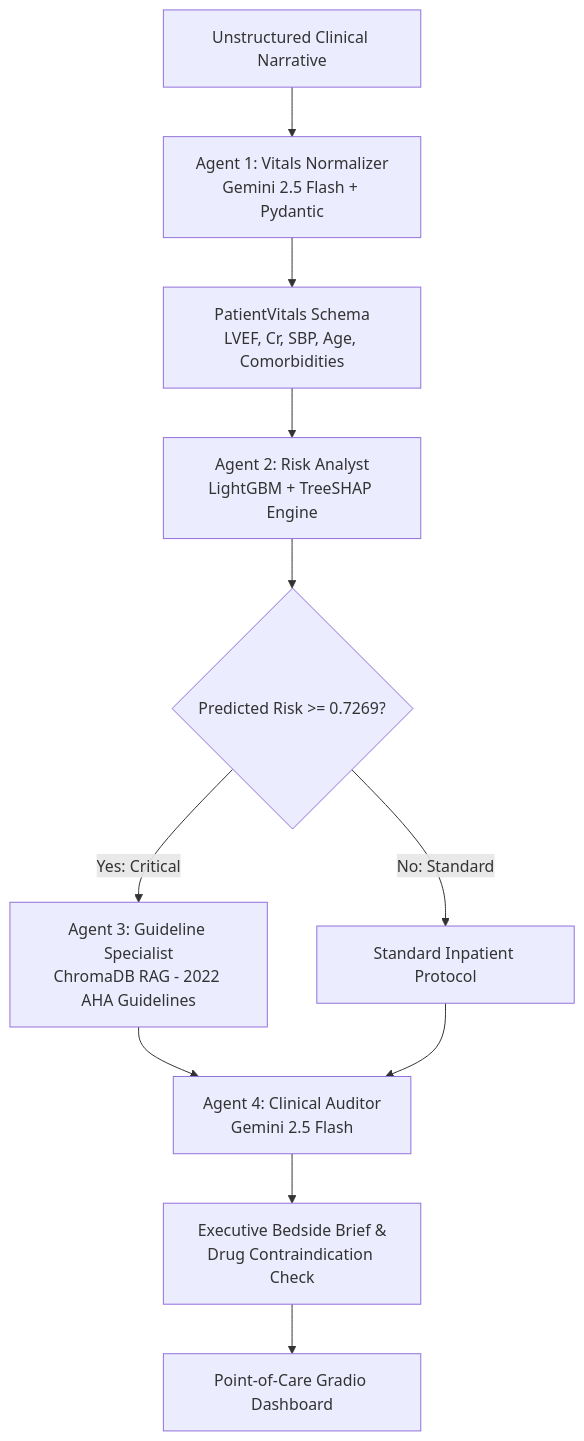
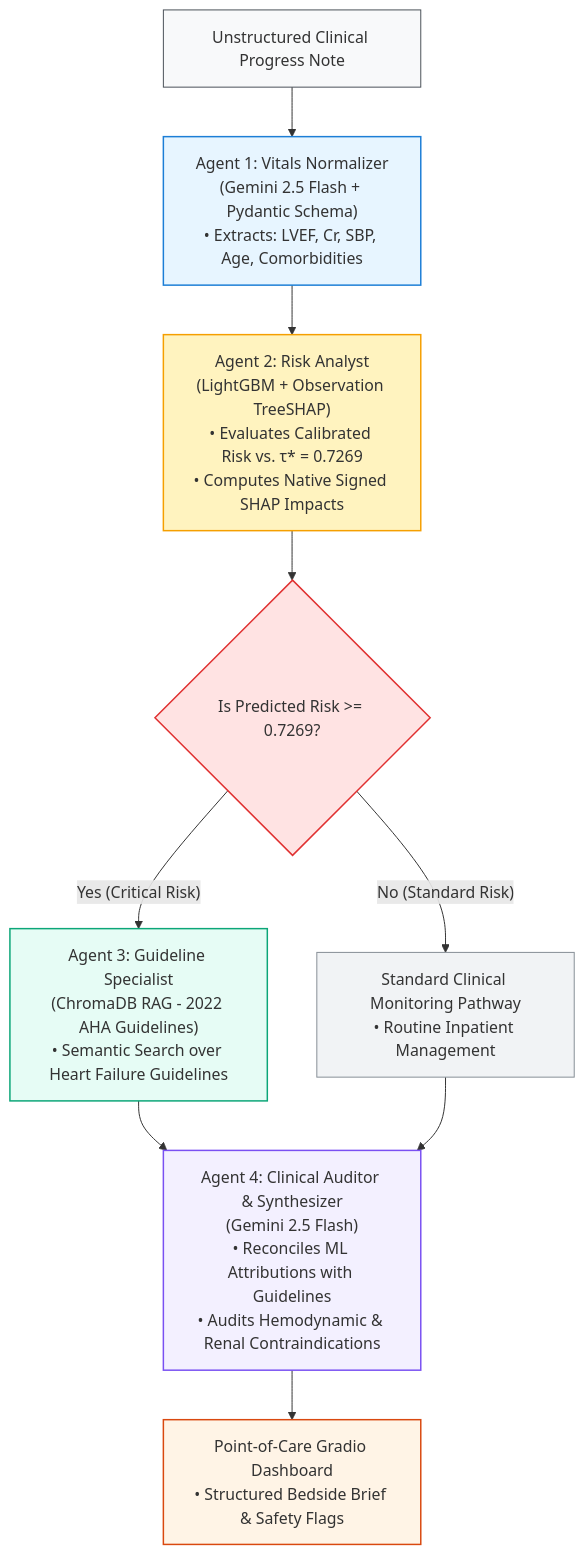
The diagram in README.md (nmemranhussain/Project-ACAT), drawn with Mermaid before and after one commit. The commit also changed other lines of this file, not shown here.

````diff
--- a/README.md
+++ b/README.md
@@ -119,13 +142,23 @@
 ```mermaid
 flowchart TD
-    A[Unstructured Clinical Narrative] --> B[Agent 1: Vitals Normalizer<br/>Gemini 2.5 Flash + Pydantic]
-    B --> C[PatientVitals Schema<br/>LVEF, Cr, SBP, Age, Comorbidities]
-    C --> D[Agent 2: Risk Analyst<br/>LightGBM + TreeSHAP Engine]
-    D --> E{Predicted Risk >= 0.7269?}
-    E -- Yes: Critical --> F[Agent 3: Guideline Specialist<br/>ChromaDB RAG - 2022 AHA Guidelines]
-    E -- No: Standard --> G[Standard Inpatient Protocol]
-    F --> H[Agent 4: Clinical Auditor<br/>Gemini 2.5 Flash]
-    G --> H
-    H --> I[Executive Bedside Brief &<br/>Drug Contraindication Check]
-    I --> J[Point-of-Care Gradio Dashboard]
+    A["Unstructured Clinical Progress Note"] --> B["Agent 1: Vitals Normalizer<br/>(Gemini 2.5 Flash + Pydantic Schema)<br/>• Extracts: LVEF, Cr, SBP, Age, Comorbidities"]
+    B --> C["Agent 2: Risk Analyst<br/>(LightGBM + Observation TreeSHAP)<br/>• Evaluates Calibrated Risk vs. τ* = 0.7269<br/>• Computes Native Signed SHAP Impacts"]
+    C --> D{"Is Predicted Risk >= 0.7269?"}
+
+    D -- "Yes (Critical Risk)" --> E["Agent 3: Guideline Specialist<br/>(ChromaDB RAG - 2022 AHA Guidelines)<br/>• Semantic Search over Heart Failure Guidelines"]
+    D -- "No (Standard Risk)" --> F["Standard Clinical Monitoring Pathway<br/>• Routine Inpatient Management"]
+
+    E --> G["Agent 4: Clinical Auditor & Synthesizer<br/>(Gemini 2.5 Flash)<br/>• Reconciles ML Attributions with Guidelines<br/>• Audits Hemodynamic & Renal Contraindications"]
+    F --> G
+
+    G --> H["Point-of-Care Gradio Dashboard<br/>• Structured Bedside Brief & Safety Flags"]
+
+    style A fill:#f8f9fa,stroke:#495057,stroke-width:1px
+    style B fill:#e7f5ff,stroke:#1c7ed6,stroke-width:1.5px
+    style C fill:#fff3bf,stroke:#f59f00,stroke-width:1.5px
+    style D fill:#ffe3e3,stroke:#e03131,stroke-width:1.5px
+    style E fill:#e6fcf5,stroke:#0ca678,stroke-width:1.5px
+    style F fill:#f1f3f5,stroke:#868e96,stroke-width:1px
+    style G fill:#f3f0ff,stroke:#7950f2,stroke-width:1.5px
+    style H fill:#fff4e6,stroke:#d9480f,stroke-width:1.5px
 ```
````
